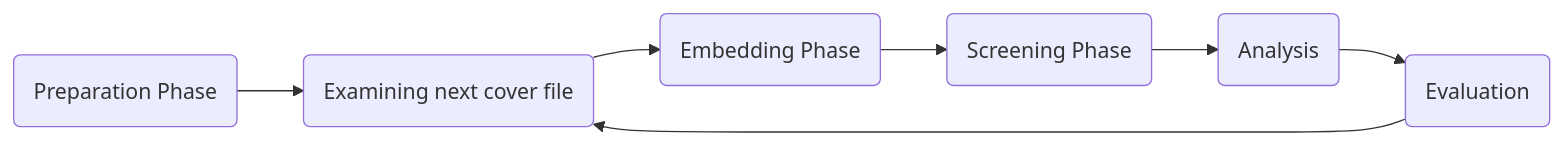
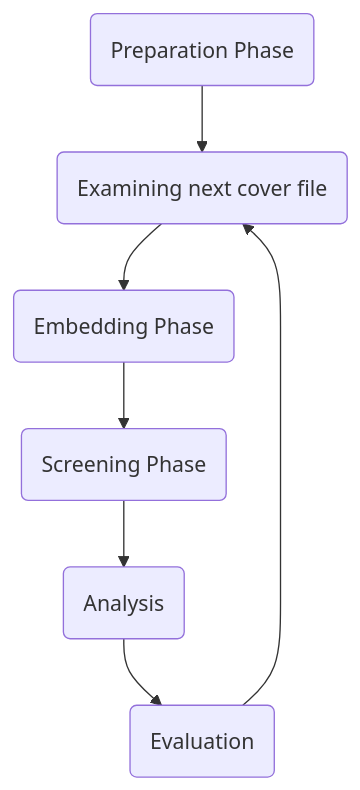
One commit to bh-8/amsl-it-security-projects changed the diagram in SMKITS5/README.md. Above: the diagram before and after it, drawn with Mermaid.

````diff
--- a/SMKITS5/README.md
+++ b/SMKITS5/README.md
@@ -56,15 +56,15 @@
     ```mermaid
-    flowchart LR;
+    flowchart TB;
         prep(Preparation Phase)
         cover(Examining next cover file)
         embed(Embedding Phase)
         screening(Screening Phase)
         analysis(Analysis)
         eval(Evaluation)
         prep-->cover
         cover-->embed
         embed-->screening
         screening-->analysis
         analysis-->eval
         eval-->cover
     ```
````
